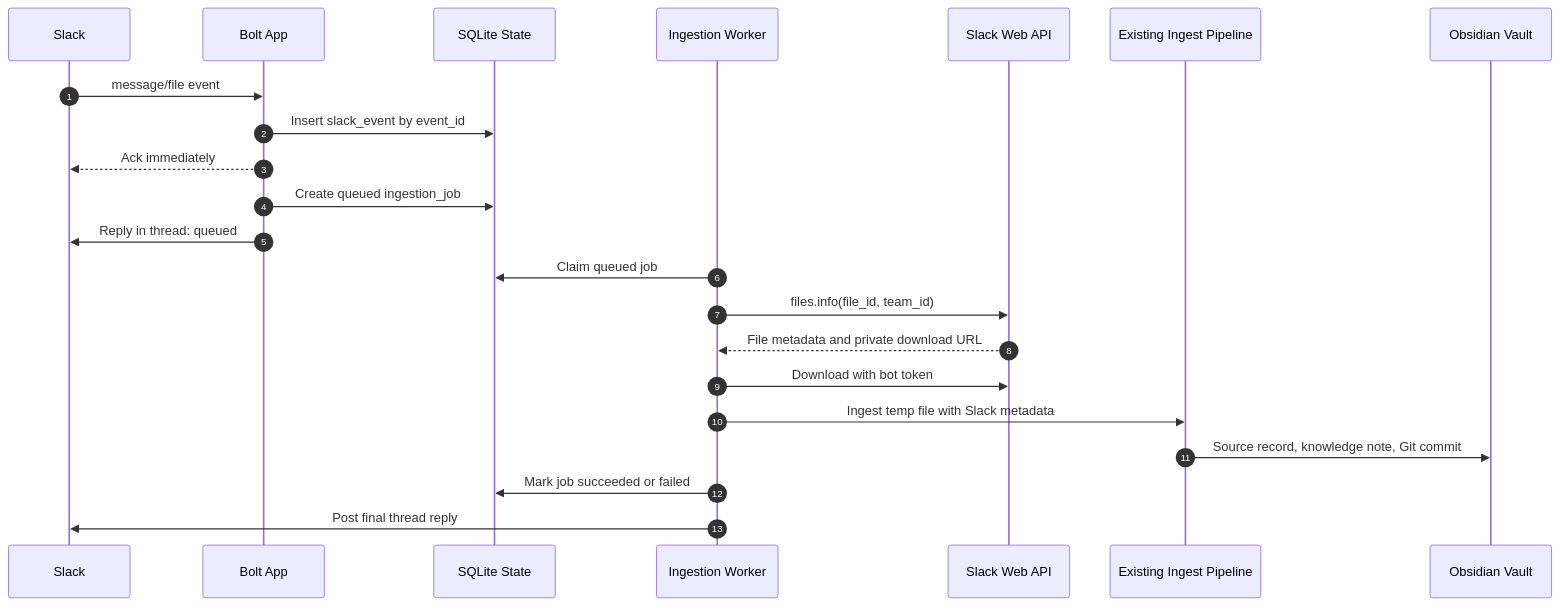
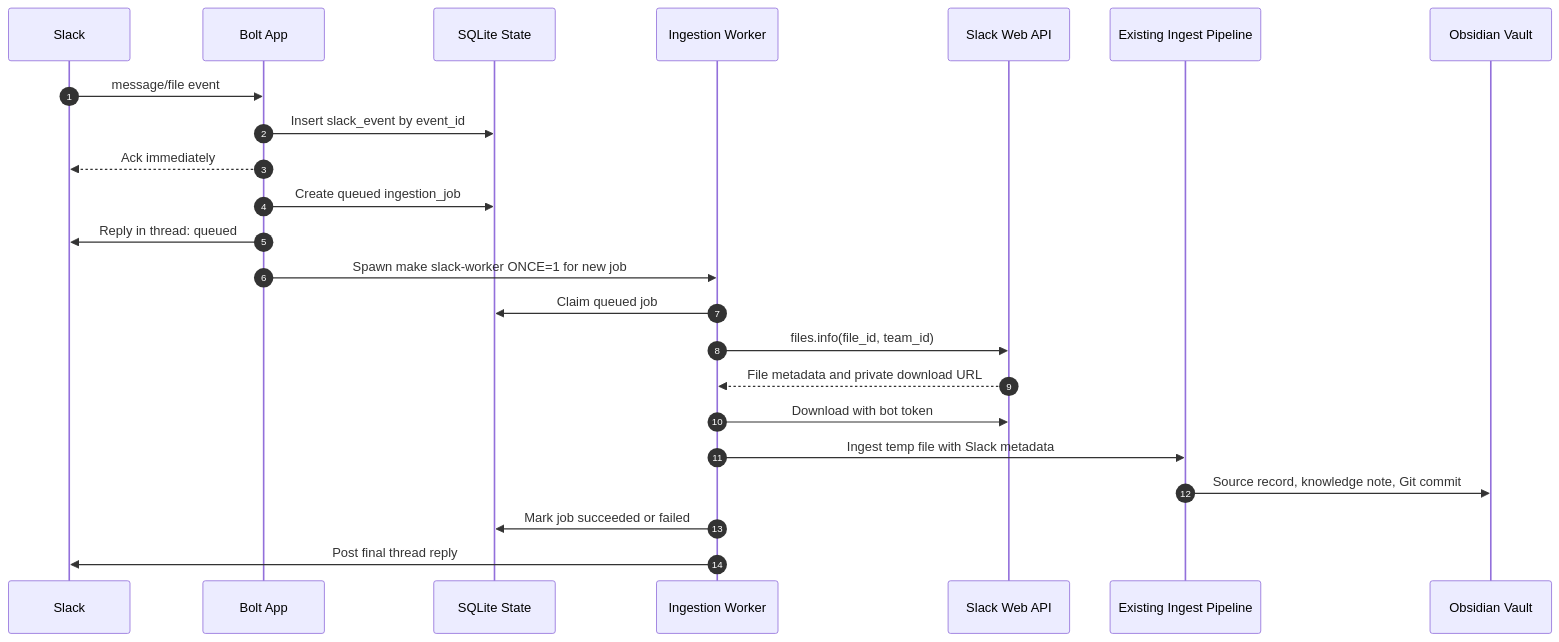
One commit to utpalchakraborty/slack_vault changed the diagram in docs/slack-integration-plan.md. Above: the diagram before and after it, drawn with Mermaid. The commit also changed other lines of this file and 5 other files, not shown here.

Commit message:
Trigger Slack worker from new upload events

````diff
--- a/docs/slack-integration-plan.md
+++ b/docs/slack-integration-plan.md
@@ -256,25 +260,26 @@
 ```mermaid
 sequenceDiagram
     autonumber
     participant Slack
     participant Bolt as Bolt App
     participant DB as SQLite State
     participant Worker as Ingestion Worker
     participant WebAPI as Slack Web API
     participant Pipeline as Existing Ingest Pipeline
     participant Vault as Obsidian Vault
 
     Slack->>Bolt: message/file event
     Bolt->>DB: Insert slack_event by event_id
     Bolt-->>Slack: Ack immediately
     Bolt->>DB: Create queued ingestion_job
     Bolt->>Slack: Reply in thread: queued
+    Bolt->>Worker: Spawn make slack-worker ONCE=1 for new job
     Worker->>DB: Claim queued job
     Worker->>WebAPI: files.info(file_id, team_id)
     WebAPI-->>Worker: File metadata and private download URL
     Worker->>WebAPI: Download with bot token
     Worker->>Pipeline: Ingest temp file with Slack metadata
     Pipeline->>Vault: Source record, knowledge note, Git commit
     Worker->>DB: Mark job succeeded or failed
     Worker->>Slack: Post final thread reply
 ```
````
